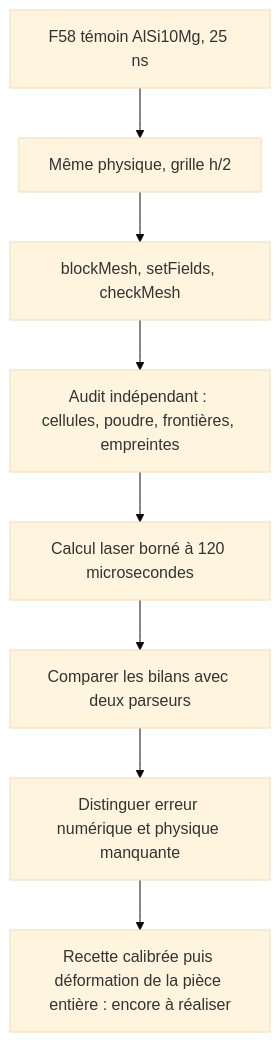
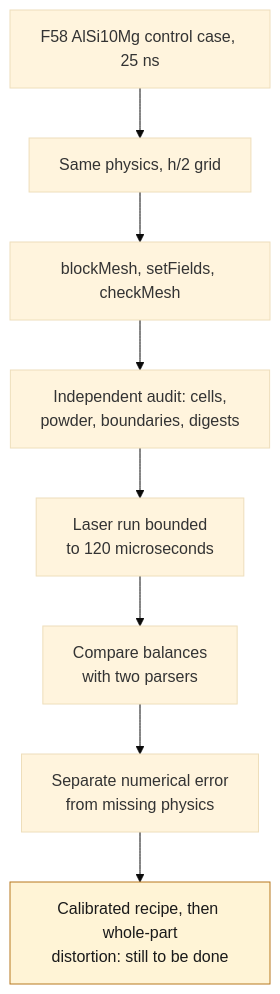
Before and after one commit to cluster2600/porscheparts: the diagram in docs/reports/M64_F58_SPATIAL_REFINEMENT_20260908.md, drawn with Mermaid (base theme). The commit also changed other lines of this file and 228 other files, not shown here.

````diff
--- a/docs/reports/M64_F58_SPATIAL_REFINEMENT_20260908.md
+++ b/docs/reports/M64_F58_SPATIAL_REFINEMENT_20260908.md
@@ -146,10 +14,12 @@
 ```mermaid
 flowchart TD
-    A["F58 témoin AlSi10Mg, 25 ns"] --> B["Même physique, grille h/2"]
+    A["F58 AlSi10Mg control case, 25 ns"] --> B["Same physics, h/2 grid"]
     B --> C["blockMesh, setFields, checkMesh"]
-    C --> D["Audit indépendant : cellules, poudre, frontières, empreintes"]
-    D --> E["Calcul laser borné à 120 microsecondes"]
-    E --> F["Comparer les bilans avec deux parseurs"]
-    F --> G["Distinguer erreur numérique et physique manquante"]
-    G --> H["Recette calibrée puis déformation de la pièce entière : encore à réaliser"]
+    C --> D["Independent audit: cells,<br/>powder, boundaries, digests"]
+    D --> E["Laser run bounded<br/>to 120 microseconds"]
+    E --> F["Compare balances<br/>with two parsers"]
+    F --> G["Separate numerical error<br/>from missing physics"]
+    G --> H["Calibrated recipe, then whole-part<br/>distortion: still to be done"]
+    classDef open fill:#fff4d6,stroke:#b7791f,color:#1a1a1a;
+    class H open;
 ```
````
